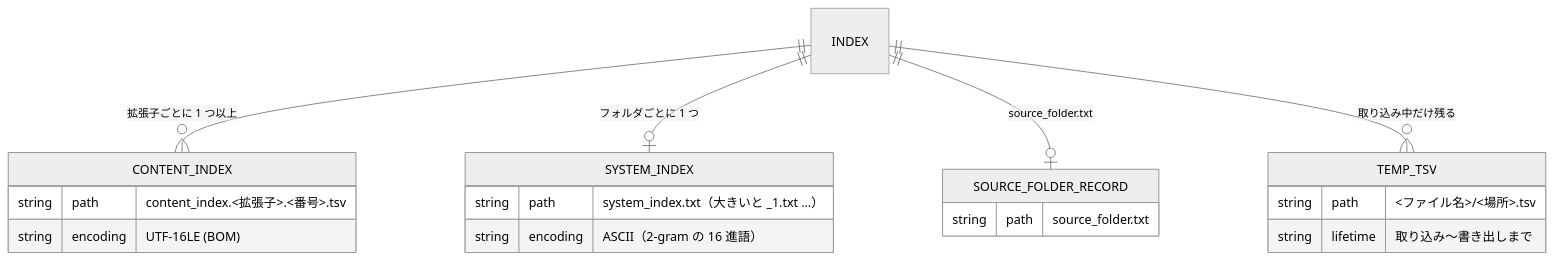
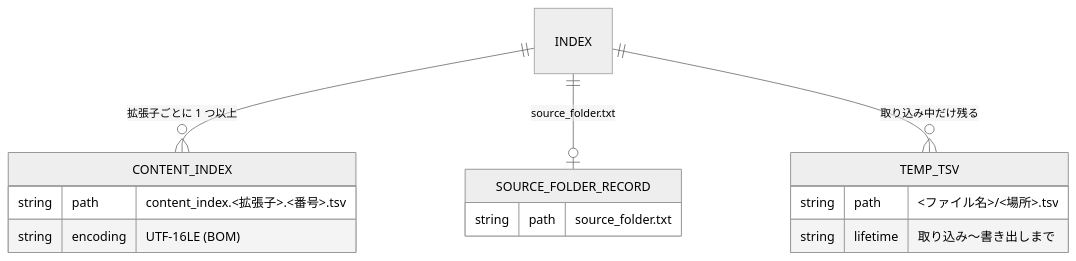
One commit to hsgwa/tebunko changed the diagram in docs/design/index-data/format.md. Above: the diagram before and after it, drawn with Mermaid (neutral theme). The commit also changed other lines of this file and 156 other files, not shown here.

````diff
--- a/docs/design/index-data/format.md
+++ b/docs/design/index-data/format.md
@@ -7,22 +7,17 @@
 ```mermaid
 erDiagram
     INDEX ||--o{ CONTENT_INDEX : "拡張子ごとに 1 つ以上"
-    INDEX ||--o| SYSTEM_INDEX : "フォルダごとに 1 つ"
     INDEX ||--o| SOURCE_FOLDER_RECORD : "source_folder.txt"
     INDEX ||--o{ TEMP_TSV : "取り込み中だけ残る"
     CONTENT_INDEX {
         string path "content_index.<拡張子>.<番号>.tsv"
         string encoding "UTF-16LE (BOM)"
-    }
-    SYSTEM_INDEX {
-        string path "system_index.txt（大きいと _1.txt …）"
-        string encoding "ASCII（2-gram の 16 進語）"
     }
     TEMP_TSV {
         string path "<ファイル名>/<場所>.tsv"
         string lifetime "取り込み〜書き出しまで"
     }
     SOURCE_FOLDER_RECORD {
         string path "source_folder.txt"
     }
 ```
````
